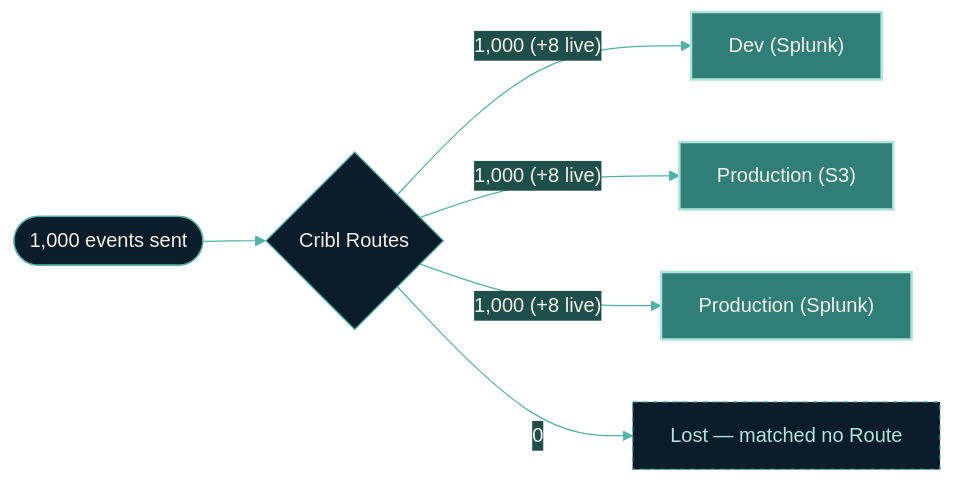
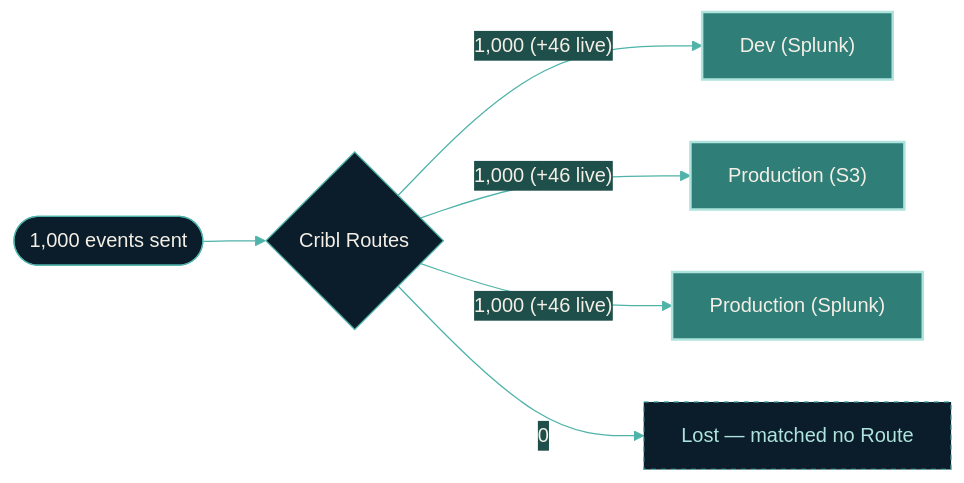
Before and after one commit to JacobPEvans-personal/cc-stream-zscaler-incident-test: the second of 9 diagrams in REPORT.md, drawn with Mermaid. The commit also changed other lines of this file and 19 other files, not shown here.

````diff
--- a/REPORT.md
+++ b/REPORT.md
@@ -91,17 +83,17 @@
 ```mermaid
 %%{init: {"theme": "base", "themeVariables": {
   "primaryColor": "#0b1d2a", "primaryTextColor": "#f4efe6", "primaryBorderColor": "#4fb3a9",
   "lineColor": "#4fb3a9", "edgeLabelBackground": "#1f4f4a", "textColor": "#f4efe6",
   "fontFamily": "ui-sans-serif, sans-serif"
 }}}%%
 flowchart LR
   IN(["1,000 events sent"]) --> C{"Cribl Routes"}
-  C -->|"1,000 (+8 live)"| dev["Dev (Splunk)"]
+  C -->|"1,000 (+46 live)"| dev["Dev (Splunk)"]
   style dev fill:#2f7e78,stroke:#aee4dd,stroke-width:2px,color:#f4efe6
-  C -->|"1,000 (+8 live)"| s3["Production (S3)"]
+  C -->|"1,000 (+46 live)"| s3["Production (S3)"]
   style s3 fill:#2f7e78,stroke:#aee4dd,stroke-width:2px,color:#f4efe6
-  C -->|"1,000 (+8 live)"| prod["Production (Splunk)"]
+  C -->|"1,000 (+46 live)"| prod["Production (Splunk)"]
   style prod fill:#2f7e78,stroke:#aee4dd,stroke-width:2px,color:#f4efe6
   C -->|"0"| default["Lost — matched no Route"]
   style default fill:#0b1d2a,stroke:#4fb3a9,stroke-dasharray:4,color:#aee4dd
 ```
````
